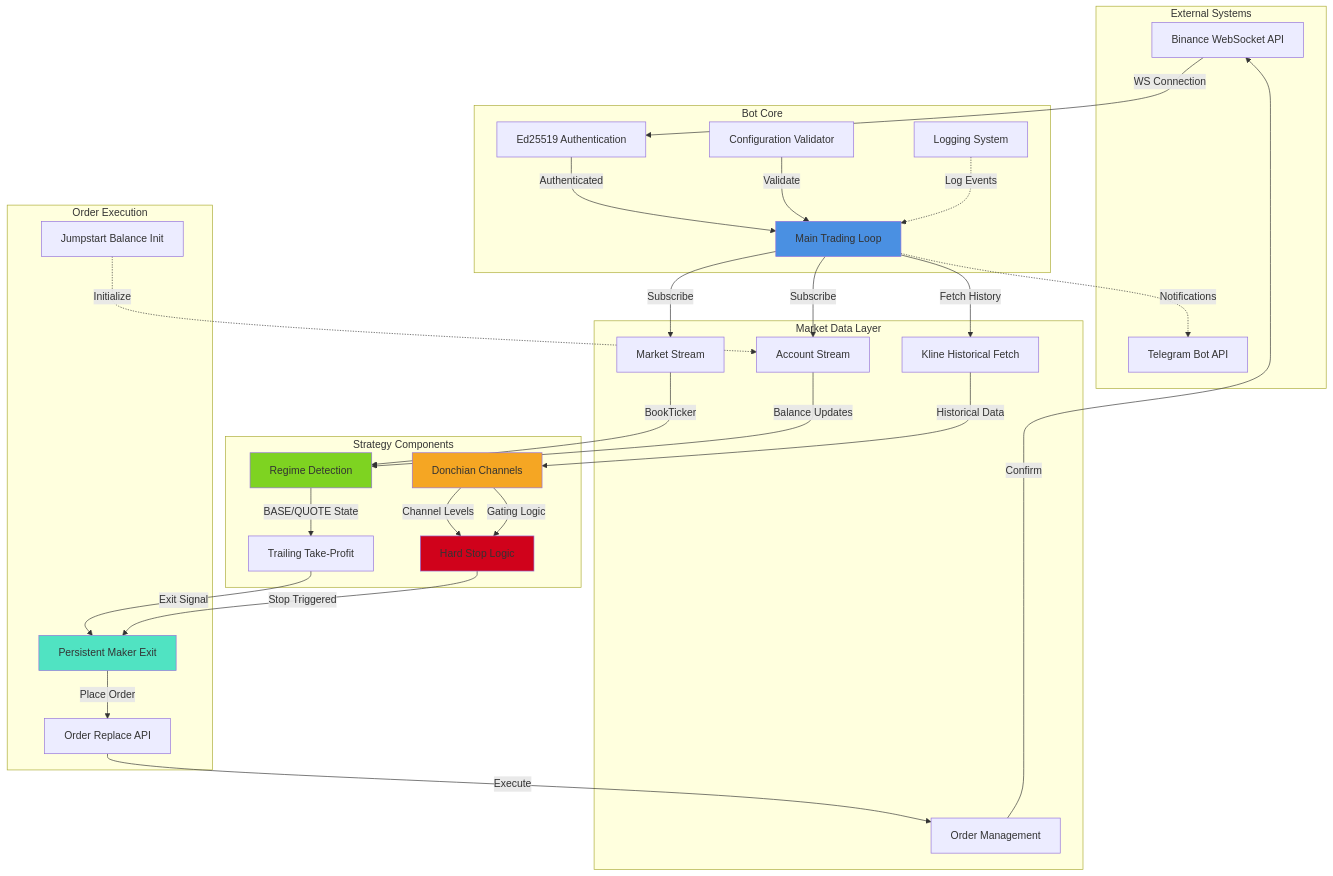
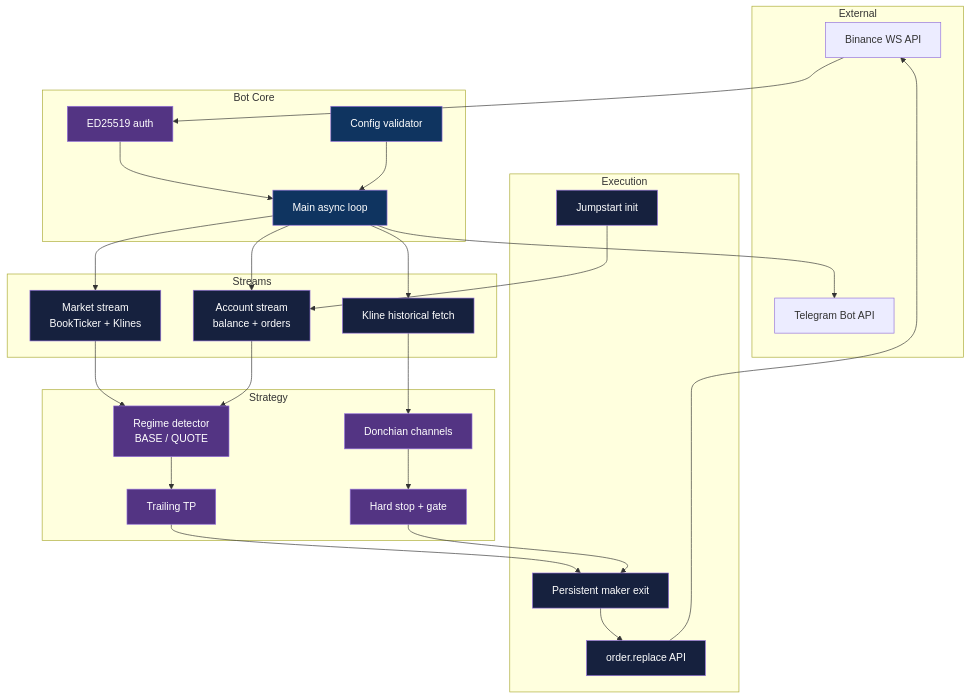
Before and after one commit to adityonugrohoid/trailing-edge: the diagram in README.md, drawn with Mermaid. The commit also changed other lines of this file, not shown here.

First line of the commit message:
docs: standardize README to house Base + Portfolio + Platform template (#1)

````diff
--- a/README.md
+++ b/README.md
@@ -31,66 +72,63 @@
 ```mermaid
-graph TB
-    subgraph "External Systems"
-        BINANCE[Binance WebSocket API]
-        TELEGRAM[Telegram Bot API]
+graph TD
+    subgraph "External"
+        BINANCE["Binance WS API"]
+        TELEGRAM["Telegram Bot API"]
     end
 
     subgraph "Bot Core"
-        MAIN[Main Trading Loop]
-        AUTH[Ed25519 Authentication]
-        CONFIG[Configuration Validator]
-        LOGGER[Logging System]
+        MAIN["Main async loop"]
+        AUTH["ED25519 auth"]
+        CFG["Config validator"]
     end
 
-    subgraph "Market Data Layer"
-        WS_MARKET[Market Stream]
-        WS_ACCOUNT[Account Stream]
-        WS_ORDERS[Order Management]
-        KLINE[Kline Historical Fetch]
+    subgraph "Streams"
+        WSMD["Market stream<br/>BookTicker + Klines"]
+        WSAC["Account stream<br/>balance + orders"]
+        KLINE["Kline historical fetch"]
     end
 
-    subgraph "Strategy Components"
-        REGIME[Regime Detection]
-        DONCHIAN[Donchian Channels]
-        TRAILING[Trailing Take-Profit]
-        HARDSTOP[Hard Stop Logic]
+    subgraph "Strategy"
+        REGIME["Regime detector<br/>BASE / QUOTE"]
+        DONCHIAN["Donchian channels"]
+        TRAIL["Trailing TP"]
+        STOP["Hard stop + gate"]
     end
 
-    subgraph "Order Execution"
-        MAKER[Persistent Maker Exit]
-        REPLACE[Order Replace API]
-        JUMPSTART[Jumpstart Balance Init]
+    subgraph "Execution"
+        MAKER["Persistent maker exit"]
+        REPLACE["order.replace API"]
+        JUMP["Jumpstart init"]
     end
 
-    BINANCE -->|WS Connection| AUTH
-    AUTH -->|Authenticated| MAIN
-    CONFIG -->|Validate| MAIN
-    LOGGER -.->|Log Events| MAIN
+    BINANCE --> AUTH --> MAIN
+    CFG --> MAIN
+    MAIN --> WSMD
+    MAIN --> WSAC
+    MAIN --> KLINE
+    WSMD --> REGIME
+    WSAC --> REGIME
+    KLINE --> DONCHIAN
+    REGIME --> TRAIL
+    DONCHIAN --> STOP
+    TRAIL --> MAKER
+    STOP --> MAKER
+    MAKER --> REPLACE
+    REPLACE --> BINANCE
+    JUMP --> WSAC
+    MAIN --> TELEGRAM
 
-    MAIN -->|Subscribe| WS_MARKET
-    MAIN -->|Subscribe| WS_ACCOUNT
-    MAIN -->|Fetch History| KLINE
-
-    WS_MARKET -->|BookTicker| REGIME
-    WS_ACCOUNT -->|Balance Updates| REGIME
-    KLINE -->|Historical Data| DONCHIAN
-
-    REGIME -->|BASE/QUOTE State| TRAILING
-    DONCHIAN -->|Channel Levels| HARDSTOP
-    DONCHIAN -->|Gating Logic| HARDSTOP
-
-    TRAILING -->|Exit Signal| MAKER
-    HARDSTOP -->|Stop Triggered| MAKER
-    MAKER -->|Place Order| REPLACE
-    REPLACE -->|Execute| WS_ORDERS
-    WS_ORDERS -->|Confirm| BINANCE
-
-    JUMPSTART -.->|Initialize| WS_ACCOUNT
-    MAIN -.->|Notifications| TELEGRAM
-
-    style MAIN fill:#4A90E2
-    style REGIME fill:#7ED321
-    style DONCHIAN fill:#F5A623
-    style HARDSTOP fill:#D0021B
-    style MAKER fill:#50E3C2
+    style MAIN fill:#0f3460,color:#fff
+    style AUTH fill:#533483,color:#fff
+    style CFG fill:#0f3460,color:#fff
+    style WSMD fill:#16213e,color:#fff
+    style WSAC fill:#16213e,color:#fff
+    style KLINE fill:#16213e,color:#fff
+    style REGIME fill:#533483,color:#fff
+    style DONCHIAN fill:#533483,color:#fff
+    style TRAIL fill:#533483,color:#fff
+    style STOP fill:#533483,color:#fff
+    style MAKER fill:#16213e,color:#fff
+    style REPLACE fill:#16213e,color:#fff
+    style JUMP fill:#16213e,color:#fff
 ```
````
